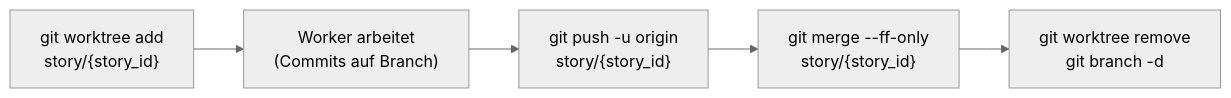
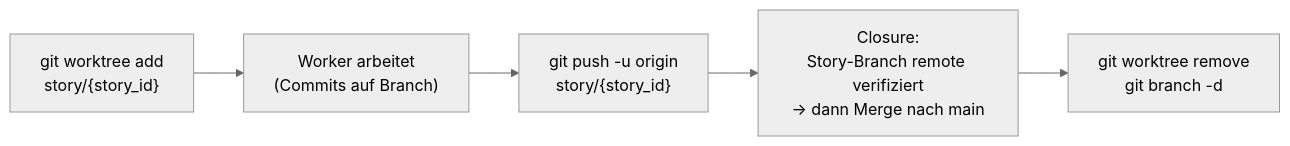
Before and after one commit to saltenhof/claude-agentkit3: the fourth of 4 diagrams in concept/technical-design/12_github_integration_repo_operationen.md, drawn with Mermaid (neutral theme). The commit also changed other lines of this file and 135 other files, not shown here.

````diff
--- a/concept/technical-design/12_github_integration_repo_operationen.md
+++ b/concept/technical-design/12_github_integration_repo_operationen.md
@@ -293,7 +294,7 @@
 ```mermaid
 flowchart LR
     CREATE["git worktree add<br/>story/{story_id}"] --> WORK["Worker arbeitet<br/>(Commits auf Branch)"]
     WORK --> PUSH["git push -u origin<br/>story/{story_id}"]
-    PUSH --> MERGE["git merge --ff-only<br/>story/{story_id}"]
+    PUSH --> MERGE["Closure:<br/>Story-Branch remote verifiziert<br/>→ dann Merge nach main"]
     MERGE --> CLEANUP["git worktree remove<br/>git branch -d"]
 ```
````
